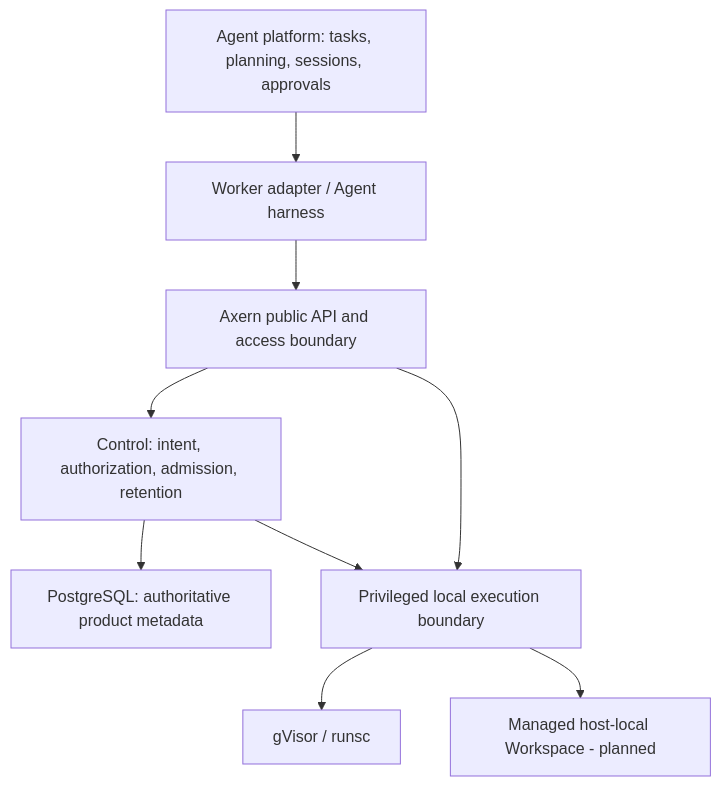
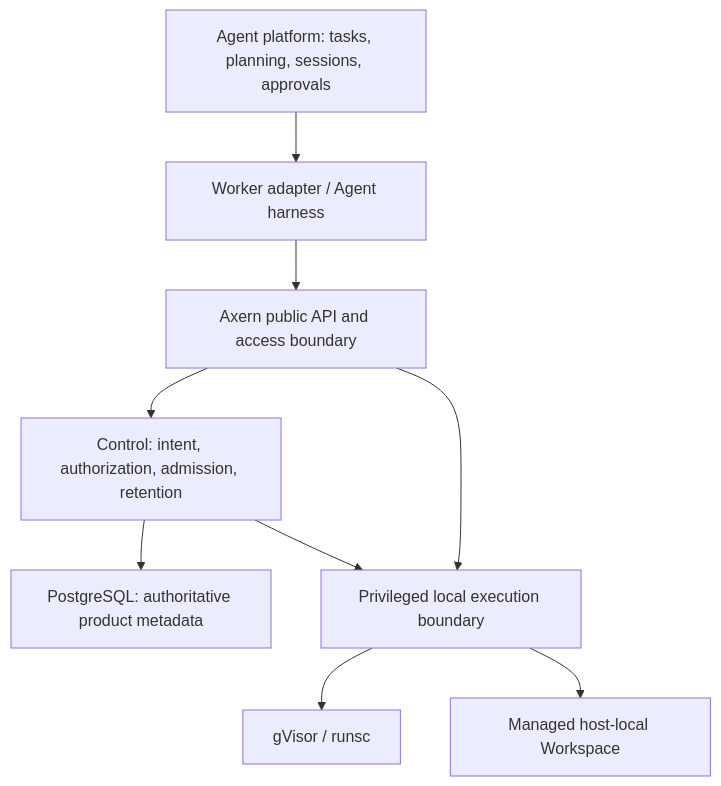
The diagram in docs/decisions/single-host-agent-serving.md (cofy-x/axern), drawn with Mermaid before and after one commit. The commit also changed other lines of this file and 276 other files, not shown here.

````diff
--- a/docs/decisions/single-host-agent-serving.md
+++ b/docs/decisions/single-host-agent-serving.md
@@ -17,11 +17,11 @@
 ```mermaid
 flowchart TB
     Caller["Agent platform: tasks, planning, sessions, approvals"] --> Worker["Worker adapter / Agent harness"]
     Worker --> Public["Axern public API and access boundary"]
     Public --> Control["Control: intent, authorization, admission, retention"]
     Control --> DB["PostgreSQL: authoritative product metadata"]
     Public --> Executor["Privileged local execution boundary"]
     Control --> Executor
     Executor --> Runtime["gVisor / runsc"]
-    Executor --> Data["Managed host-local Workspace - planned"]
+    Executor --> Data["Managed host-local Workspace"]
 ```
````
